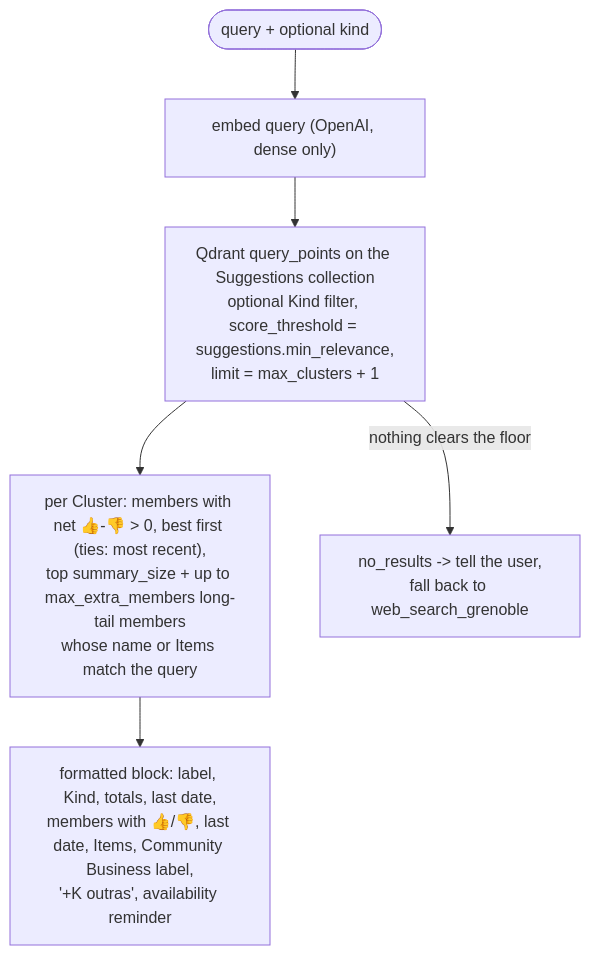
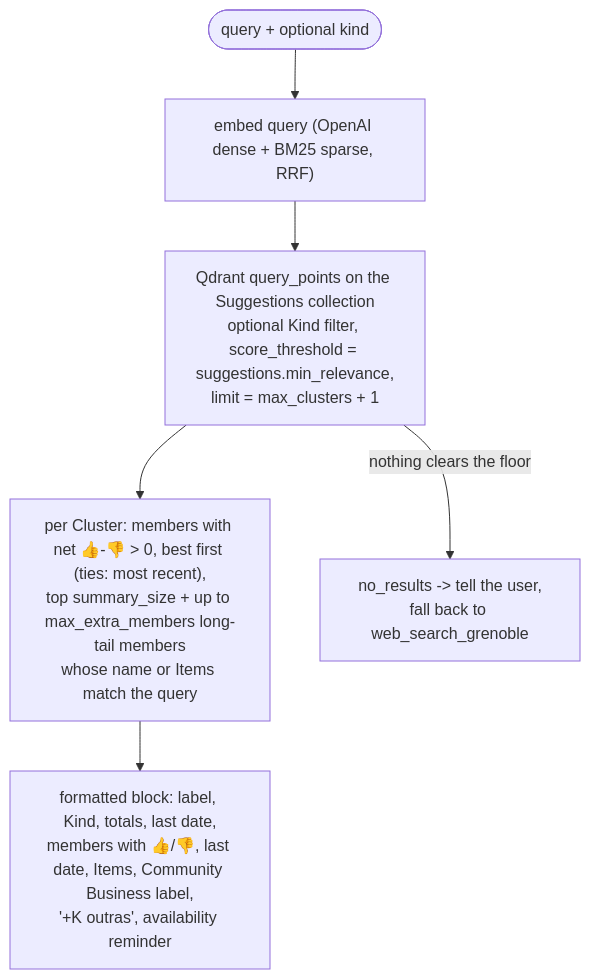
Before and after one commit to jooaobrum/habitantes-grenoble-agent: the sixth of 7 diagrams in docs/ARCHITECTURE.md, drawn with Mermaid. The commit also changed other lines of this file and 1 other file, not shown here.

Commit message:
Docs: search_suggestions is hybrid

````diff
--- a/docs/ARCHITECTURE.md
+++ b/docs/ARCHITECTURE.md
@@ -224,8 +224,8 @@
 ```mermaid
 flowchart TD
-    Q([query + optional kind]) --> Emb["embed query (OpenAI, dense only)"]
+    Q([query + optional kind]) --> Emb["embed query (OpenAI dense + BM25 sparse, RRF)"]
     Emb --> Qd["Qdrant query_points on the Suggestions collection<br>optional Kind filter, score_threshold = suggestions.min_relevance,<br>limit = max_clusters + 1"]
     Qd --> Pick["per Cluster: members with net 👍-👎 > 0, best first (ties: most recent),<br>top summary_size + up to max_extra_members long-tail members<br>whose name or Items match the query"]
     Pick --> Out["formatted block: label, Kind, totals, last date,<br>members with 👍/👎, last date, Items, Community Business label,<br>'+K outras', availability reminder"]
     Qd -->|nothing clears the floor| None["no_results -> tell the user,<br>fall back to web_search_grenoble"]
 ```
````
